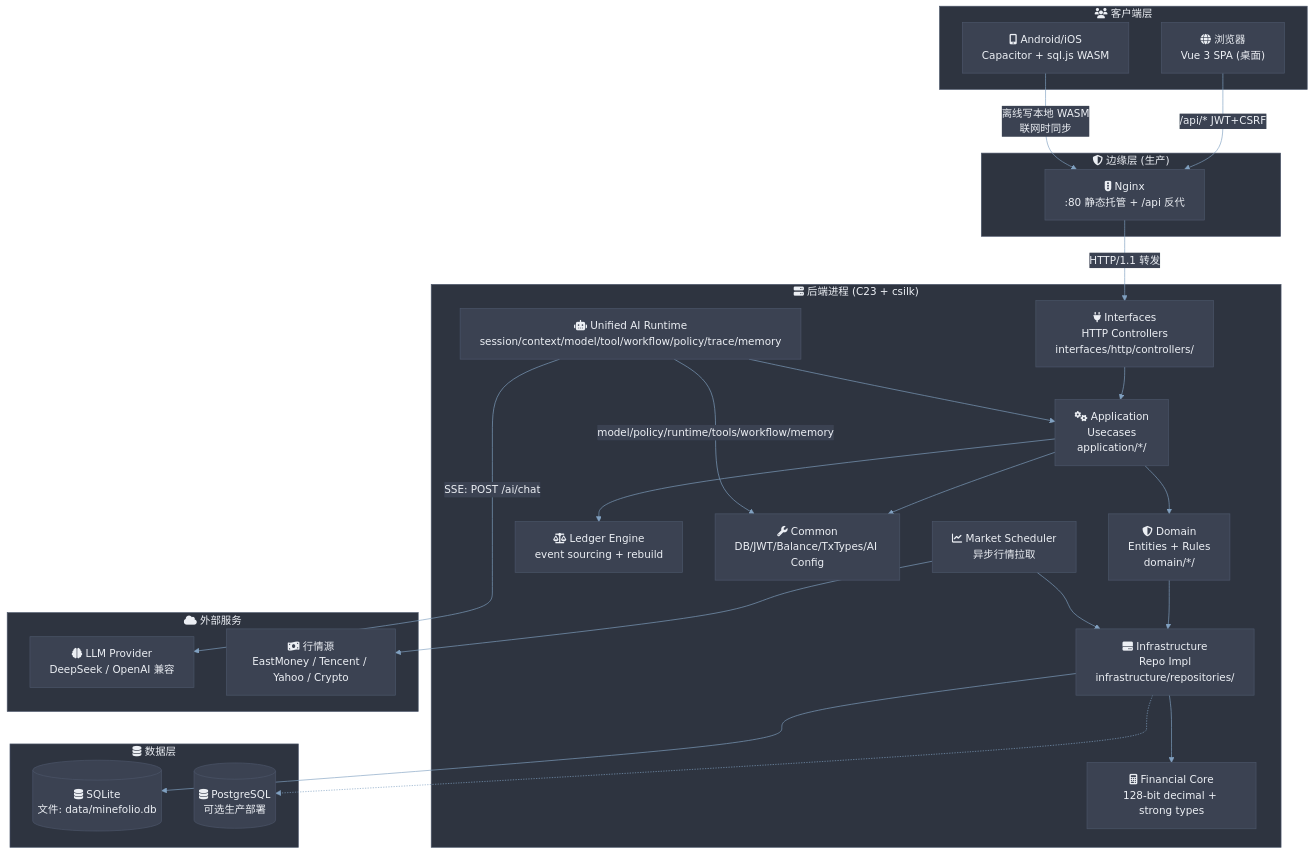
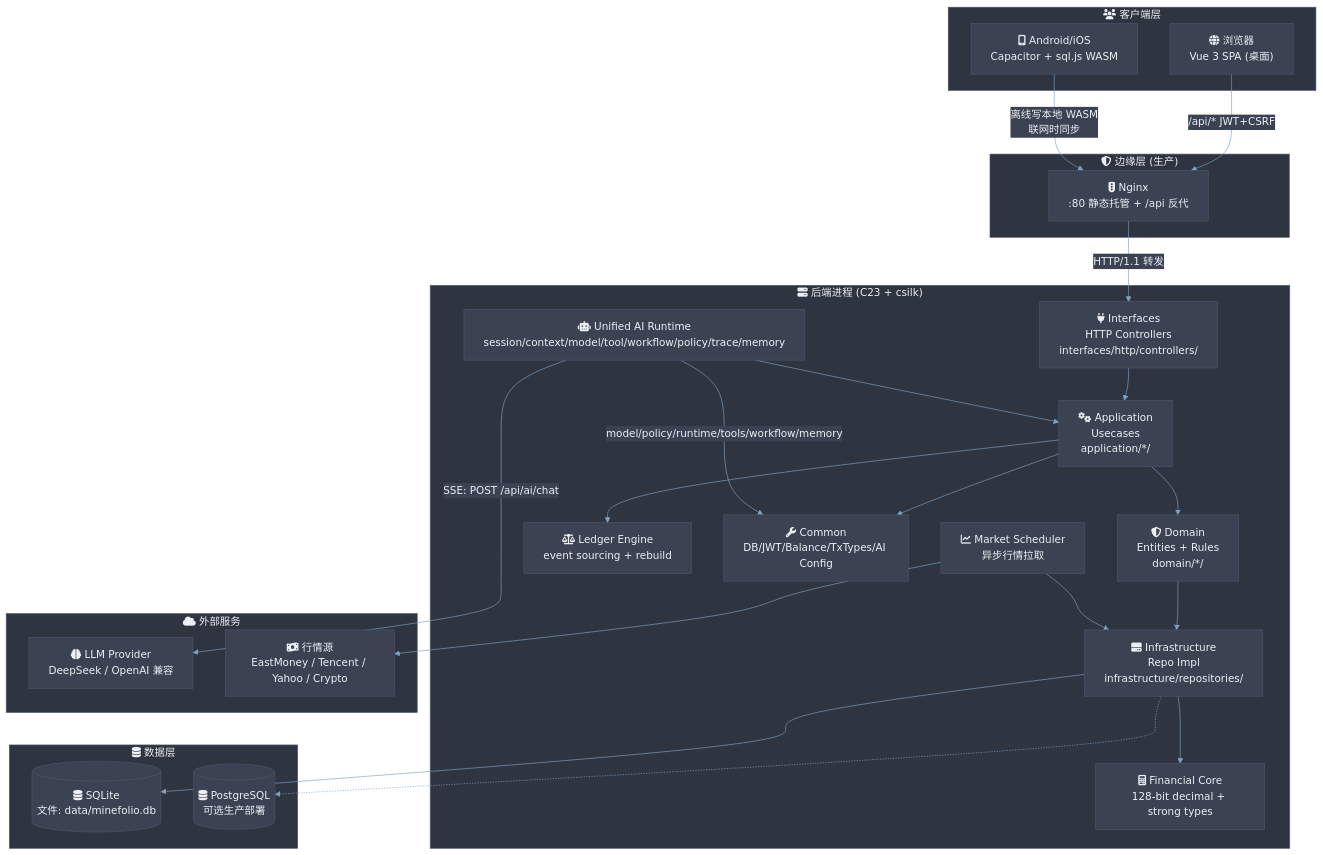
One commit to quintin-lee/Minefolio changed the first of 9 diagrams in docs/architecture.md. Above: the diagram before and after it, drawn with Mermaid. The commit also changed other lines of this file and 10 other files, not shown here.

````diff
--- a/docs/architecture.md
+++ b/docs/architecture.md
@@ -23,62 +23,62 @@
 ```mermaid
 %%{init: {
   'theme': 'base',
   'themeVariables': {
     'background': '#2E3440','primaryColor': '#81A1C1','primaryBorderColor': '#4C566A',
     'primaryTextColor': '#ECEFF4','secondaryColor': '#3B4252','secondaryBorderColor': '#434C5E',
     'secondaryTextColor': '#D8DEE9','lineColor': '#81A1C1','textColor': '#ECEFF4',
     'mainBkg': '#3B4252','nodeBorder': '#4C566A','clusterBkg': '#2E3440',
     'clusterBorder': '#4C566A','titleColor': '#ECEFF4','edgeLabelBackground': '#3B4252',
     'nodeTextColor': '#ECEFF4'
   },
   'flowchart': {'htmlLabels': true, 'curve': 'basis'}
 }}%%
 graph TB
     subgraph clients["fa:fa-users 客户端层"]
         browser["fa:fa-globe 浏览器<br/>Vue 3 SPA (桌面)"]
         mobile["fa:fa-mobile-alt Android/iOS<br/>Capacitor + sql.js WASM"]
     end
 
     subgraph edge["fa:fa-shield-alt 边缘层 (生产)"]
         nginx["fa:fa-traffic-light Nginx<br/>:80 静态托管 + /api 反代"]
     end
 
     subgraph backend["fa:fa-server 后端进程 (C23 + csilk)"]
         interfaces["fa:fa-plug Interfaces<br/>HTTP Controllers<br/>interfaces/http/controllers/"]
         app["fa:fa-cogs Application<br/>Usecases<br/>application/*/"]
         domain["fa:fa-shield-alt Domain<br/>Entities + Rules<br/>domain/*/"]
         infra["fa:fa-hdd Infrastructure<br/>Repo Impl<br/>infrastructure/repositories/"]
         core["fa:fa-calculator Financial Core<br/>128-bit decimal + strong types"]
         ledger["fa:fa-balance-scale Ledger Engine<br/>event sourcing + rebuild"]
         shared["fa:fa-wrench Common<br/>DB/JWT/Balance/TxTypes/AI Config"]
         ai["fa:fa-robot Unified AI Runtime<br/>session/context/model/tool/workflow/policy/trace/memory"]
         market["fa:fa-chart-line Market Scheduler<br/>异步行情拉取"]
     end
 
     subgraph data["fa:fa-database 数据层"]
         sqlite[("fa:fa-database SQLite<br/>文件: data/minefolio.db")]
         pg[("fa:fa-database PostgreSQL<br/>可选生产部署")]
     end
 
     subgraph external["fa:fa-cloud 外部服务"]
         llm["fa:fa-brain LLM Provider<br/>DeepSeek / OpenAI 兼容"]
         quotes["fa:fa-money-bill-wave 行情源<br/>EastMoney / Tencent / Yahoo / Crypto"]
     end
 
     browser -->|"/api/* JWT+CSRF"| nginx
     mobile -->|"离线写本地 WASM<br/>联网时同步"| nginx
     nginx -->|"HTTP/1.1 转发"| interfaces
     interfaces --> app
     app --> domain
     domain --> infra
     infra --> core
     app --> ledger
     app --> shared
     ai --> app
     ai -->|"model/policy/runtime/tools/workflow/memory"| shared
     market --> quotes
     market --> infra
-    ai -->|"SSE: POST /ai/chat"| llm
+    ai -->|"SSE: POST /api/ai/chat"| llm
     infra --> sqlite
     infra -.-> pg
 ```
````
